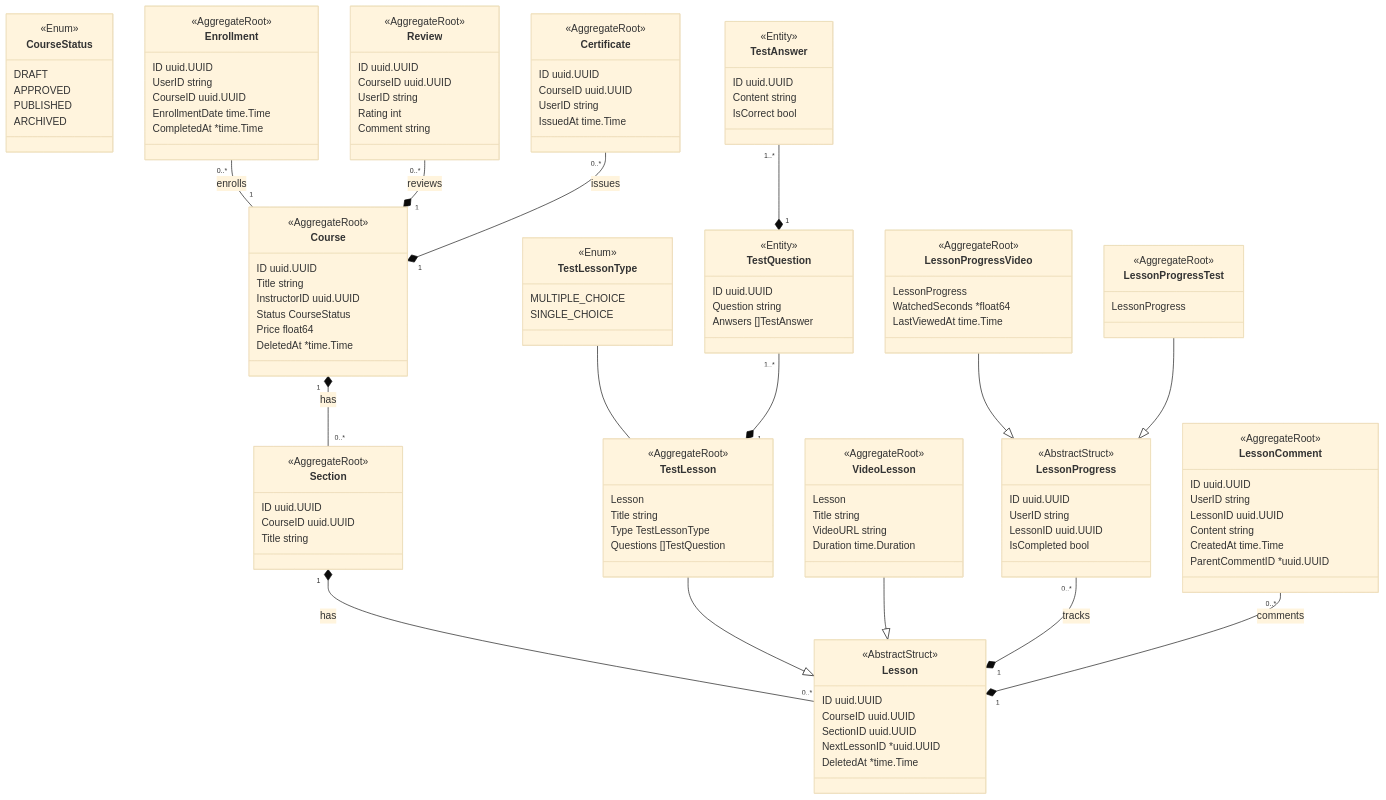
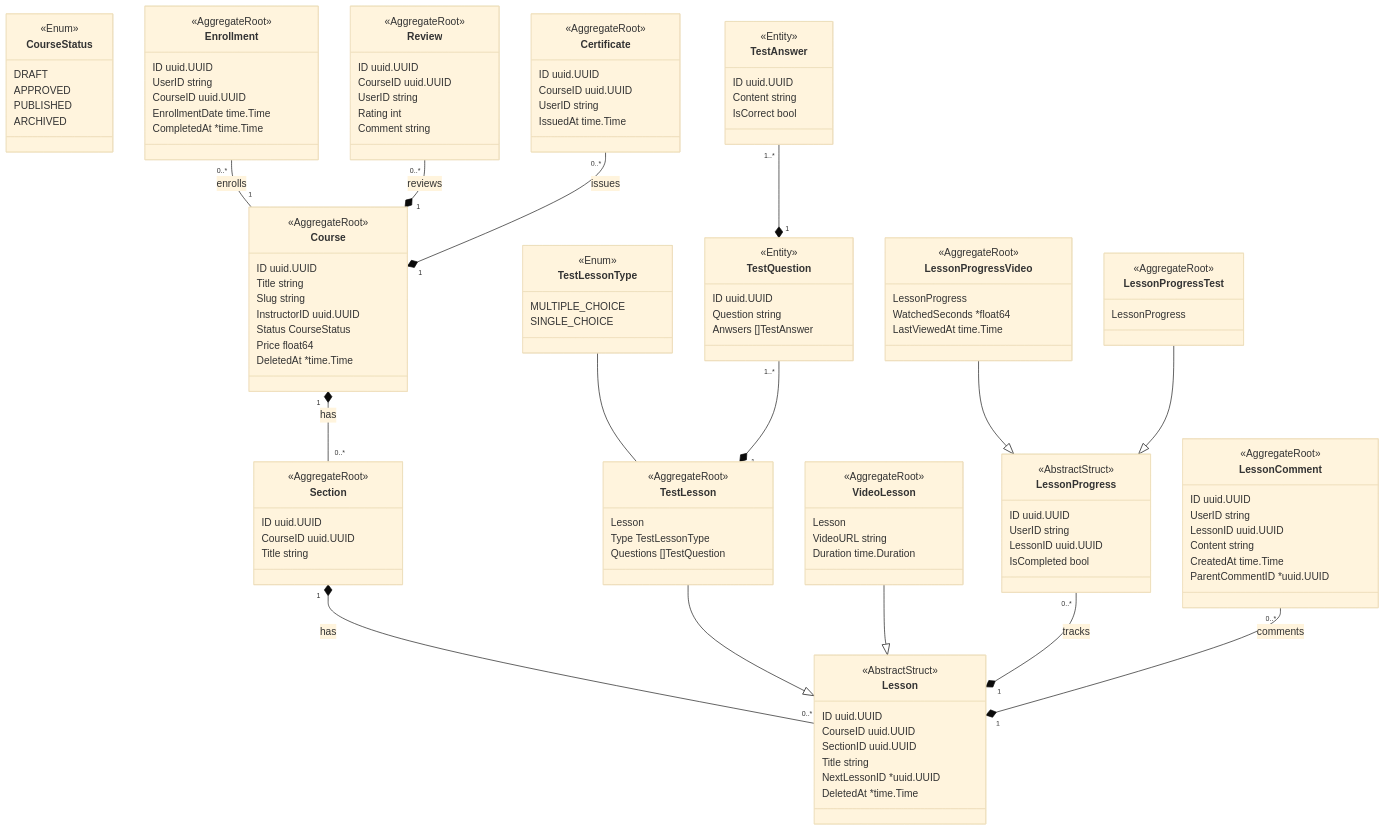
Before and after one commit to egolia-uit/egolia: the first of 3 diagrams in docs/src/references/class-diagram.md, drawn with Mermaid (base theme). The commit also changed 10 other files, not shown here.

```diff
--- a/docs/src/references/class-diagram.md
+++ b/docs/src/references/class-diagram.md
@@ -27,6 +27,7 @@
         <<AggregateRoot>>
         ID uuid.UUID
         Title string
+        Slug string
         InstructorID uuid.UUID
         Status CourseStatus
         Price float64
@@ -45,6 +46,7 @@
         ID uuid.UUID
         CourseID uuid.UUID
         SectionID uuid.UUID
+        Title string
         NextLessonID *uuid.UUID
         DeletedAt *time.Time
     }
@@ -52,7 +54,6 @@
     class TestLesson {
         <<AggregateRoot>>
         Lesson
-        Title string
         Type TestLessonType
         Questions []TestQuestion
     }
@@ -80,7 +81,6 @@
     class VideoLesson {
         <<AggregateRoot>>
         Lesson
-        Title string
         VideoURL string
         Duration time.Duration
     }
```
